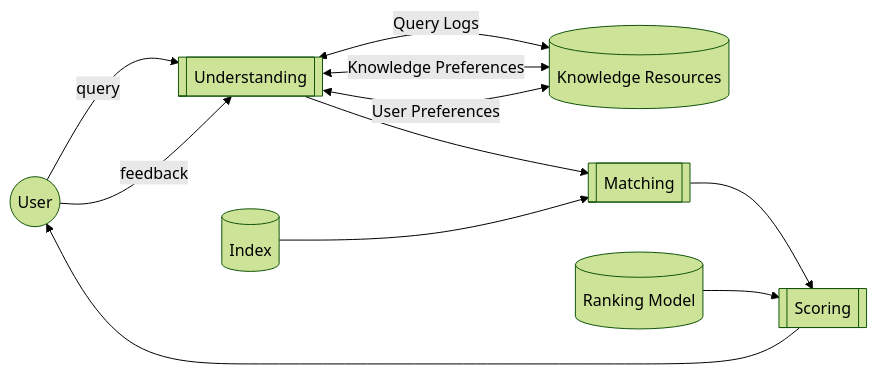
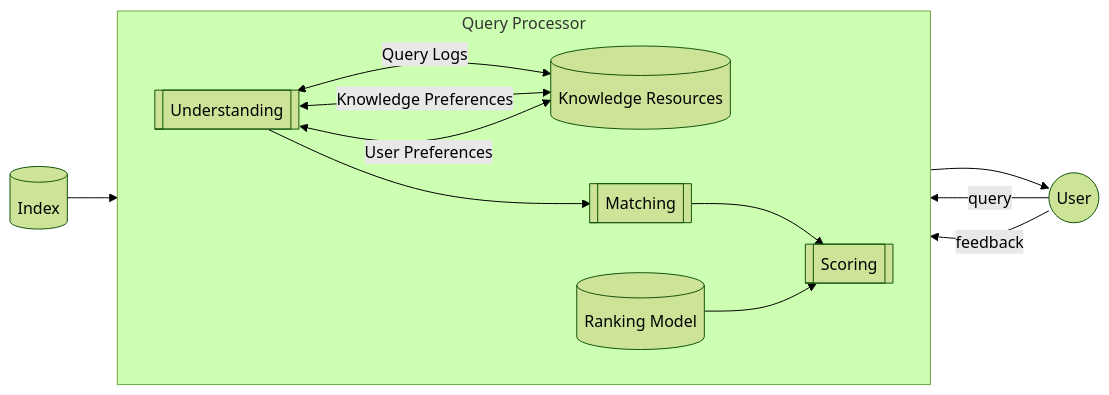
One commit to UFMG-Organizacao-de-Disciplinas/DCC831-TECC_Recuperacao_de_Informacao changed the sixth of 6 diagrams in Files/Resumos/P1.md. Above: the diagram before and after it, drawn with Mermaid (forest theme). The commit also changed other lines of this file, not shown here.

Commit message:
Grafando

````diff
--- a/Files/Resumos/P1.md
+++ b/Files/Resumos/P1.md
@@ -293,22 +292,26 @@
 ```mermaid
 flowchart LR
-    User((User))
 
+  Index[("Index")]
+  subgraph Query Processor
+    direction LR
     Understanding[[Understanding]]
     Matching[[Matching]]
     Scoring[[Scoring]]
 
     Knowledge[("Knowledge Resources")]
-    Index[("Index")]
     RankingModel[("Ranking Model")]
+  end
+  User((User))
 
-    User -->|query| Understanding
-    User -->|feedback| Understanding
-    Understanding <-->|Query Logs| Knowledge
-    Understanding <-->|Knowledge Preferences| Knowledge
-    Understanding <-->|User Preferences| Knowledge
-    Understanding --> Matching --> Scoring --> User
 
-    Index --> Matching
-    RankingModel --> Scoring
+  User -->|query| Understanding
+  User -->|feedback| Understanding
+  Understanding <-->|Query Logs| Knowledge
+  Understanding <-->|Knowledge Preferences| Knowledge
+  Understanding <-->|User Preferences| Knowledge
+  Understanding --> Matching --> Scoring --> User
+
+  Index --> Matching
+  RankingModel --> Scoring
 ```
````
